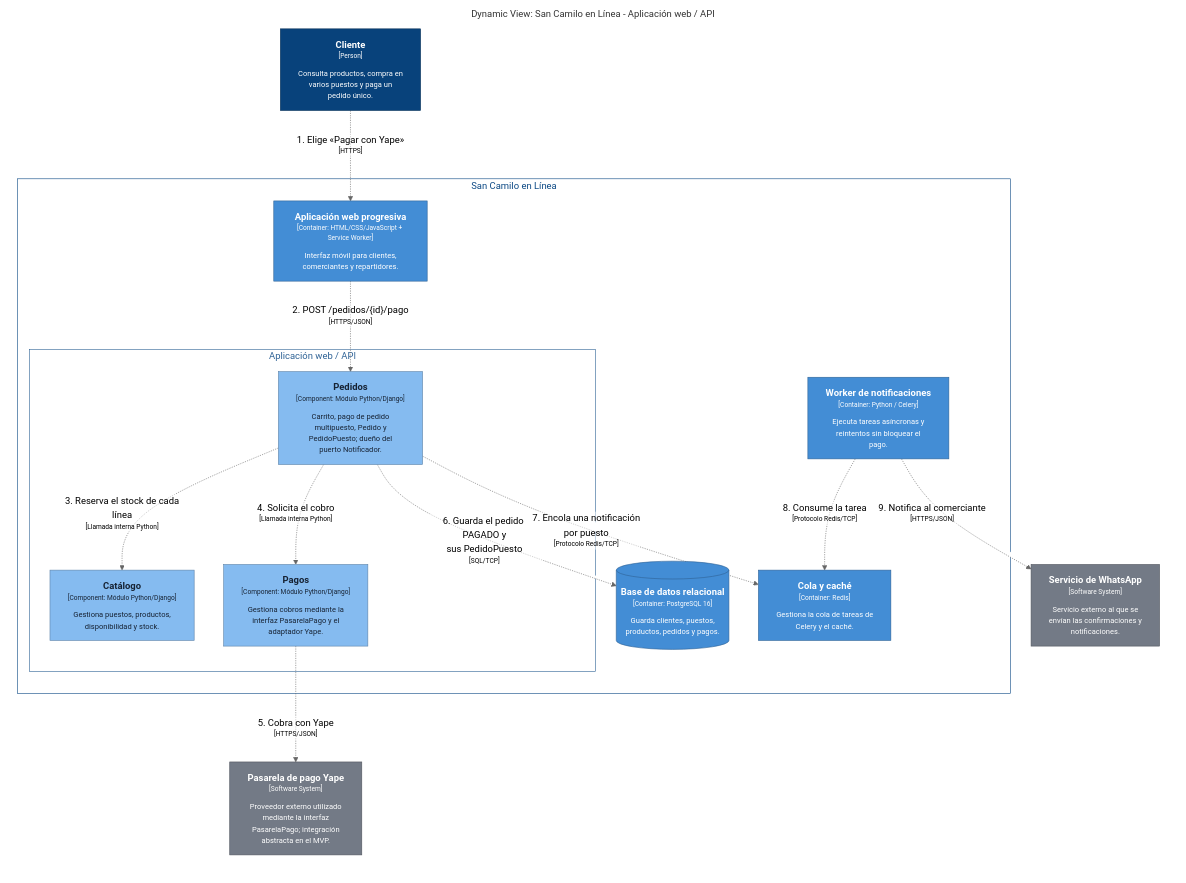
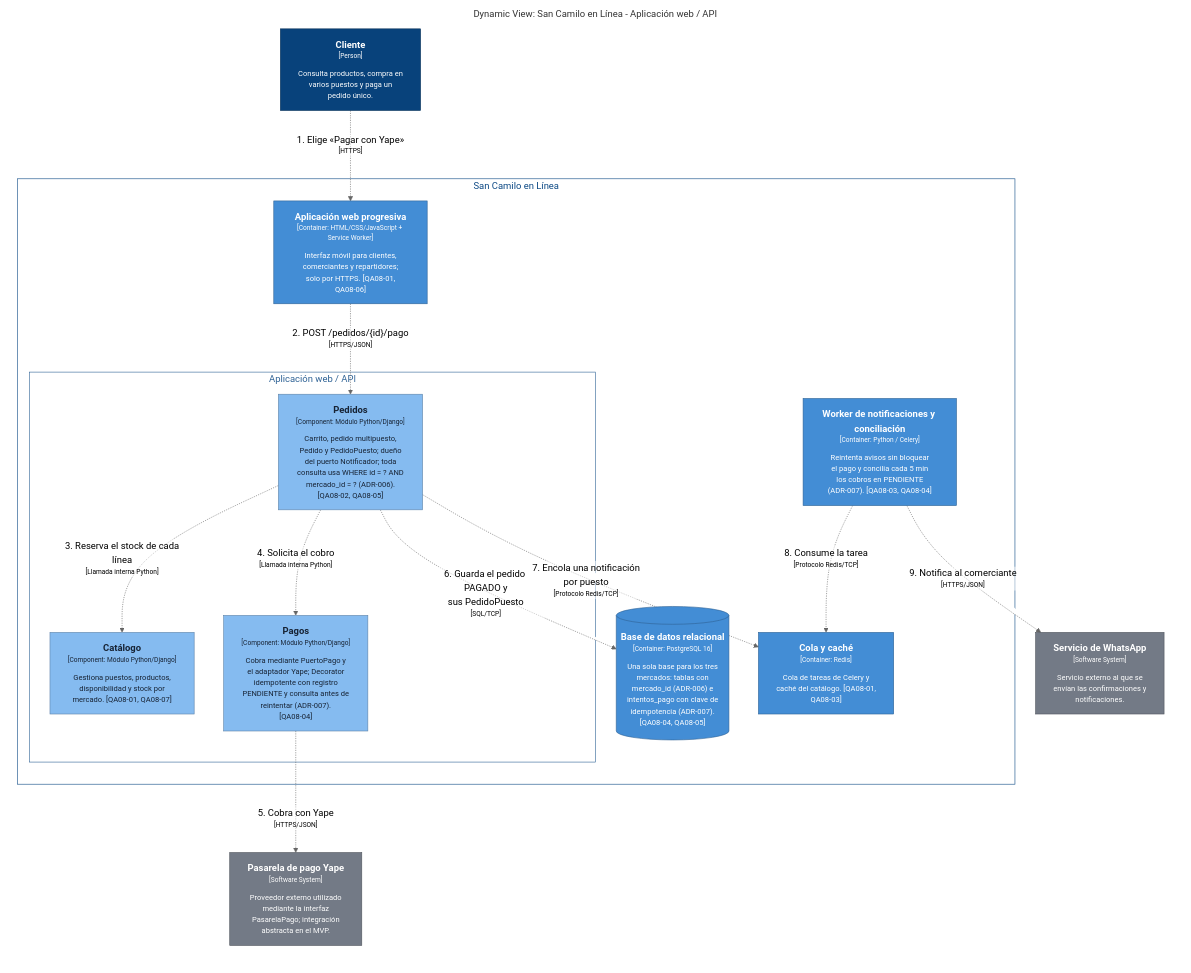
Before and after one commit to paredes1234/cs-2026b-lab04-grupo07: the diagram in docs/architecture/c4/export/ConfirmarYPagar.mmd, drawn with Mermaid (neutral theme). The commit also changed 15 other files, not shown here.

```diff
--- a/docs/architecture/c4/export/ConfirmarYPagar.mmd
+++ b/docs/architecture/c4/export/ConfirmarYPagar.mmd
@@ -1,64 +1,64 @@
 graph LR
   linkStyle default fill:#ffffff
 
   subgraph diagram ["Dynamic View: San Camilo en Línea - Aplicación web / API"]
     style diagram fill:#ffffff,stroke:#ffffff
 
     1["<div style='font-weight: bold'>Cliente</div><div style='font-size: 70%; margin-top: 0px'>[Person]</div><div style='font-size: 80%; margin-top:10px'>Consulta productos, compra en<br />varios puestos y paga un<br />pedido único.</div>"]
     style 1 fill:#08427b,stroke:#052e56,color:#ffffff
 
-    16["<div style='font-weight: bold'>Pasarela de pago Yape</div><div style='font-size: 70%; margin-top: 0px'>[Software System]</div><div style='font-size: 80%; margin-top:10px'>Proveedor externo utilizado<br />mediante la interfaz<br />PasarelaPago; integración<br />abstracta en el MVP.</div>"]
-    style 16 fill:#737a86,stroke:#50555d,color:#ffffff
-    17["<div style='font-weight: bold'>Servicio de WhatsApp</div><div style='font-size: 70%; margin-top: 0px'>[Software System]</div><div style='font-size: 80%; margin-top:10px'>Servicio externo al que se<br />envían las confirmaciones y<br />notificaciones.</div>"]
+    17["<div style='font-weight: bold'>Pasarela de pago Yape</div><div style='font-size: 70%; margin-top: 0px'>[Software System]</div><div style='font-size: 80%; margin-top:10px'>Proveedor externo utilizado<br />mediante la interfaz<br />PasarelaPago; integración<br />abstracta en el MVP.</div>"]
     style 17 fill:#737a86,stroke:#50555d,color:#ffffff
+    18["<div style='font-weight: bold'>Servicio de WhatsApp</div><div style='font-size: 70%; margin-top: 0px'>[Software System]</div><div style='font-size: 80%; margin-top:10px'>Servicio externo al que se<br />envían las confirmaciones y<br />notificaciones.</div>"]
+    style 18 fill:#737a86,stroke:#50555d,color:#ffffff
 
     subgraph 4 ["San Camilo en Línea"]
       style 4 fill:#ffffff,stroke:#0b4884,color:#0b4884
 
       subgraph 6 ["Aplicación web / API"]
         style 6 fill:#ffffff,stroke:#2e6295,color:#2e6295
 
-        7["<div style='font-weight: bold'>Catálogo</div><div style='font-size: 70%; margin-top: 0px'>[Component: Módulo Python/Django]</div><div style='font-size: 80%; margin-top:10px'>Gestiona puestos, productos,<br />disponibilidad y stock.</div>"]
+        7["<div style='font-weight: bold'>Catálogo</div><div style='font-size: 70%; margin-top: 0px'>[Component: Módulo Python/Django]</div><div style='font-size: 80%; margin-top:10px'>Gestiona puestos, productos,<br />disponibilidad y stock por<br />mercado. [QA08-01, QA08-07]</div>"]
         style 7 fill:#85bbf0,stroke:#5d82a8,color:#172334
-        8["<div style='font-weight: bold'>Pedidos</div><div style='font-size: 70%; margin-top: 0px'>[Component: Módulo Python/Django]</div><div style='font-size: 80%; margin-top:10px'>Carrito, pago de pedido<br />multipuesto, Pedido y<br />PedidoPuesto; dueño del<br />puerto Notificador.</div>"]
+        8["<div style='font-weight: bold'>Pedidos</div><div style='font-size: 70%; margin-top: 0px'>[Component: Módulo Python/Django]</div><div style='font-size: 80%; margin-top:10px'>Carrito, pedido multipuesto,<br />Pedido y PedidoPuesto; dueño<br />del puerto Notificador; toda<br />consulta usa WHERE id = ? AND<br />mercado_id = ? (ADR-006).<br />[QA08-02, QA08-05]</div>"]
         style 8 fill:#85bbf0,stroke:#5d82a8,color:#172334
-        9["<div style='font-weight: bold'>Pagos</div><div style='font-size: 70%; margin-top: 0px'>[Component: Módulo Python/Django]</div><div style='font-size: 80%; margin-top:10px'>Gestiona cobros mediante la<br />interfaz PasarelaPago y el<br />adaptador Yape.</div>"]
+        9["<div style='font-weight: bold'>Pagos</div><div style='font-size: 70%; margin-top: 0px'>[Component: Módulo Python/Django]</div><div style='font-size: 80%; margin-top:10px'>Cobra mediante PuertoPago y<br />el adaptador Yape; Decorator<br />idempotente con registro<br />PENDIENTE y consulta antes de<br />reintentar (ADR-007).<br />[QA08-04]</div>"]
         style 9 fill:#85bbf0,stroke:#5d82a8,color:#172334
       end
 
-      13["<div style='font-weight: bold'>Worker de notificaciones</div><div style='font-size: 70%; margin-top: 0px'>[Container: Python / Celery]</div><div style='font-size: 80%; margin-top:10px'>Ejecuta tareas asíncronas y<br />reintentos sin bloquear el<br />pago.</div>"]
-      style 13 fill:#438dd5,stroke:#2e6295,color:#ffffff
-      14[("<div style='font-weight: bold'>Base de datos relacional</div><div style='font-size: 70%; margin-top: 0px'>[Container: PostgreSQL 16]</div><div style='font-size: 80%; margin-top:10px'>Guarda clientes, puestos,<br />productos, pedidos y pagos.</div>")]
+      14["<div style='font-weight: bold'>Worker de notificaciones y conciliación</div><div style='font-size: 70%; margin-top: 0px'>[Container: Python / Celery]</div><div style='font-size: 80%; margin-top:10px'>Reintenta avisos sin bloquear<br />el pago y concilia cada 5 min<br />los cobros en PENDIENTE<br />(ADR-007). [QA08-03, QA08-04]</div>"]
       style 14 fill:#438dd5,stroke:#2e6295,color:#ffffff
-      15["<div style='font-weight: bold'>Cola y caché</div><div style='font-size: 70%; margin-top: 0px'>[Container: Redis]</div><div style='font-size: 80%; margin-top:10px'>Gestiona la cola de tareas de<br />Celery y el caché.</div>"]
+      15[("<div style='font-weight: bold'>Base de datos relacional</div><div style='font-size: 70%; margin-top: 0px'>[Container: PostgreSQL 16]</div><div style='font-size: 80%; margin-top:10px'>Una sola base para los tres<br />mercados: tablas con<br />mercado_id (ADR-006) e<br />intentos_pago con clave de<br />idempotencia (ADR-007).<br />[QA08-04, QA08-05]</div>")]
       style 15 fill:#438dd5,stroke:#2e6295,color:#ffffff
-      5["<div style='font-weight: bold'>Aplicación web progresiva</div><div style='font-size: 70%; margin-top: 0px'>[Container: HTML/CSS/JavaScript + Service Worker]</div><div style='font-size: 80%; margin-top:10px'>Interfaz móvil para clientes,<br />comerciantes y repartidores.</div>"]
+      16["<div style='font-weight: bold'>Cola y caché</div><div style='font-size: 70%; margin-top: 0px'>[Container: Redis]</div><div style='font-size: 80%; margin-top:10px'>Cola de tareas de Celery y<br />caché del catálogo. [QA08-01,<br />QA08-03]</div>"]
+      style 16 fill:#438dd5,stroke:#2e6295,color:#ffffff
+      5["<div style='font-weight: bold'>Aplicación web progresiva</div><div style='font-size: 70%; margin-top: 0px'>[Container: HTML/CSS/JavaScript + Service Worker]</div><div style='font-size: 80%; margin-top:10px'>Interfaz móvil para clientes,<br />comerciantes y repartidores;<br />solo por HTTPS. [QA08-01,<br />QA08-06]</div>"]
       style 5 fill:#438dd5,stroke:#2e6295,color:#ffffff
     end
 
     1["<div style='font-weight: bold'>Cliente</div><div style='font-size: 70%; margin-top: 0px'>[Person]</div><div style='font-size: 80%; margin-top:10px'>Consulta productos, compra en<br />varios puestos y paga un<br />pedido único.</div>"]
     style 1 fill:#08427b,stroke:#052e56,color:#ffffff
-    5["<div style='font-weight: bold'>Aplicación web progresiva</div><div style='font-size: 70%; margin-top: 0px'>[Container: HTML/CSS/JavaScript + Service Worker]</div><div style='font-size: 80%; margin-top:10px'>Interfaz móvil para clientes,<br />comerciantes y repartidores.</div>"]
+    5["<div style='font-weight: bold'>Aplicación web progresiva</div><div style='font-size: 70%; margin-top: 0px'>[Container: HTML/CSS/JavaScript + Service Worker]</div><div style='font-size: 80%; margin-top:10px'>Interfaz móvil para clientes,<br />comerciantes y repartidores;<br />solo por HTTPS. [QA08-01,<br />QA08-06]</div>"]
     style 5 fill:#438dd5,stroke:#2e6295,color:#ffffff
-    13["<div style='font-weight: bold'>Worker de notificaciones</div><div style='font-size: 70%; margin-top: 0px'>[Container: Python / Celery]</div><div style='font-size: 80%; margin-top:10px'>Ejecuta tareas asíncronas y<br />reintentos sin bloquear el<br />pago.</div>"]
-    style 13 fill:#438dd5,stroke:#2e6295,color:#ffffff
-    14[("<div style='font-weight: bold'>Base de datos relacional</div><div style='font-size: 70%; margin-top: 0px'>[Container: PostgreSQL 16]</div><div style='font-size: 80%; margin-top:10px'>Guarda clientes, puestos,<br />productos, pedidos y pagos.</div>")]
+    14["<div style='font-weight: bold'>Worker de notificaciones y conciliación</div><div style='font-size: 70%; margin-top: 0px'>[Container: Python / Celery]</div><div style='font-size: 80%; margin-top:10px'>Reintenta avisos sin bloquear<br />el pago y concilia cada 5 min<br />los cobros en PENDIENTE<br />(ADR-007). [QA08-03, QA08-04]</div>"]
     style 14 fill:#438dd5,stroke:#2e6295,color:#ffffff
-    15["<div style='font-weight: bold'>Cola y caché</div><div style='font-size: 70%; margin-top: 0px'>[Container: Redis]</div><div style='font-size: 80%; margin-top:10px'>Gestiona la cola de tareas de<br />Celery y el caché.</div>"]
+    15[("<div style='font-weight: bold'>Base de datos relacional</div><div style='font-size: 70%; margin-top: 0px'>[Container: PostgreSQL 16]</div><div style='font-size: 80%; margin-top:10px'>Una sola base para los tres<br />mercados: tablas con<br />mercado_id (ADR-006) e<br />intentos_pago con clave de<br />idempotencia (ADR-007).<br />[QA08-04, QA08-05]</div>")]
     style 15 fill:#438dd5,stroke:#2e6295,color:#ffffff
-    16["<div style='font-weight: bold'>Pasarela de pago Yape</div><div style='font-size: 70%; margin-top: 0px'>[Software System]</div><div style='font-size: 80%; margin-top:10px'>Proveedor externo utilizado<br />mediante la interfaz<br />PasarelaPago; integración<br />abstracta en el MVP.</div>"]
-    style 16 fill:#737a86,stroke:#50555d,color:#ffffff
-    17["<div style='font-weight: bold'>Servicio de WhatsApp</div><div style='font-size: 70%; margin-top: 0px'>[Software System]</div><div style='font-size: 80%; margin-top:10px'>Servicio externo al que se<br />envían las confirmaciones y<br />notificaciones.</div>"]
+    16["<div style='font-weight: bold'>Cola y caché</div><div style='font-size: 70%; margin-top: 0px'>[Container: Redis]</div><div style='font-size: 80%; margin-top:10px'>Cola de tareas de Celery y<br />caché del catálogo. [QA08-01,<br />QA08-03]</div>"]
+    style 16 fill:#438dd5,stroke:#2e6295,color:#ffffff
+    17["<div style='font-weight: bold'>Pasarela de pago Yape</div><div style='font-size: 70%; margin-top: 0px'>[Software System]</div><div style='font-size: 80%; margin-top:10px'>Proveedor externo utilizado<br />mediante la interfaz<br />PasarelaPago; integración<br />abstracta en el MVP.</div>"]
     style 17 fill:#737a86,stroke:#50555d,color:#ffffff
+    18["<div style='font-weight: bold'>Servicio de WhatsApp</div><div style='font-size: 70%; margin-top: 0px'>[Software System]</div><div style='font-size: 80%; margin-top:10px'>Servicio externo al que se<br />envían las confirmaciones y<br />notificaciones.</div>"]
+    style 18 fill:#737a86,stroke:#50555d,color:#ffffff
 
     1-. "<div>1. Elige «Pagar con Yape»</div><div style='font-size: 70%'>[HTTPS]</div>" .->5
     5-. "<div>2. POST /pedidos/{id}/pago</div><div style='font-size: 70%'>[HTTPS/JSON]</div>" .->8
     8-. "<div>3. Reserva el stock de cada<br />línea</div><div style='font-size: 70%'>[Llamada interna Python]</div>" .->7
     8-. "<div>4. Solicita el cobro</div><div style='font-size: 70%'>[Llamada interna Python]</div>" .->9
-    9-. "<div>5. Cobra con Yape</div><div style='font-size: 70%'>[HTTPS/JSON]</div>" .->16
-    8-. "<div>6. Guarda el pedido PAGADO y<br />sus PedidoPuesto</div><div style='font-size: 70%'>[SQL/TCP]</div>" .->14
-    8-. "<div>7. Encola una notificación<br />por puesto</div><div style='font-size: 70%'>[Protocolo Redis/TCP]</div>" .->15
-    13-. "<div>8. Consume la tarea</div><div style='font-size: 70%'>[Protocolo Redis/TCP]</div>" .->15
-    13-. "<div>9. Notifica al comerciante</div><div style='font-size: 70%'>[HTTPS/JSON]</div>" .->17
+    9-. "<div>5. Cobra con Yape</div><div style='font-size: 70%'>[HTTPS/JSON]</div>" .->17
+    8-. "<div>6. Guarda el pedido PAGADO y<br />sus PedidoPuesto</div><div style='font-size: 70%'>[SQL/TCP]</div>" .->15
+    8-. "<div>7. Encola una notificación<br />por puesto</div><div style='font-size: 70%'>[Protocolo Redis/TCP]</div>" .->16
+    14-. "<div>8. Consume la tarea</div><div style='font-size: 70%'>[Protocolo Redis/TCP]</div>" .->16
+    14-. "<div>9. Notifica al comerciante</div><div style='font-size: 70%'>[HTTPS/JSON]</div>" .->18
 
   end
```
